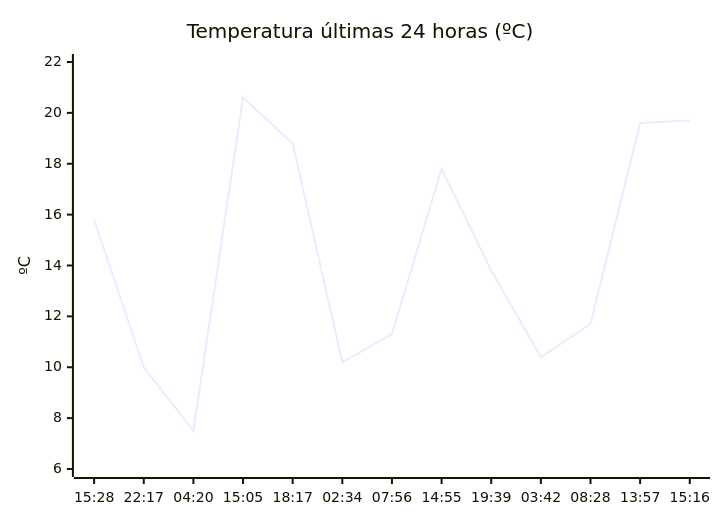
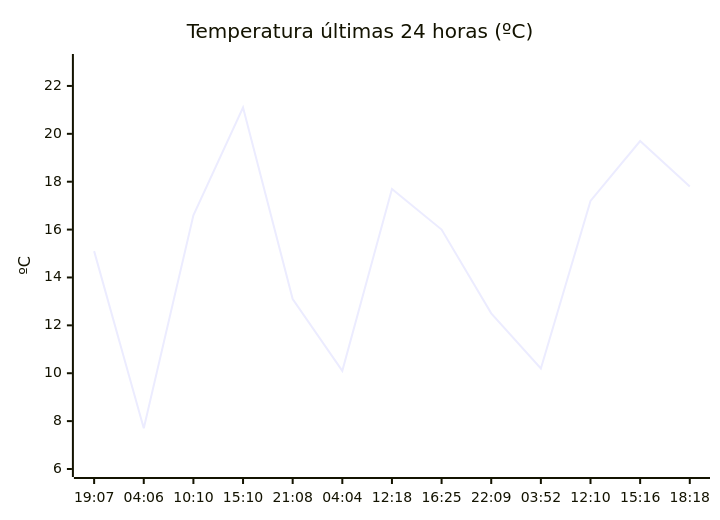
Before and after one commit to solidsnk86/rem-scrap: the diagram in README.md, drawn with Mermaid. The commit also changed other lines of this file, not shown here.

````diff
--- a/README.md
+++ b/README.md
@@ -36,7 +32,7 @@
 ```mermaid
 xychart-beta
     title "Temperatura últimas 24 horas (ºC)"
-    x-axis ["15:28", "22:17", "04:20", "15:05", "18:17", "02:34", "07:56", "14:55", "19:39", "03:42", "08:28", "13:57", "15:16"]
-    y-axis "ºC" 6 --> 22
-    line [15.8, 10, 7.5, 20.6, 18.8, 10.2, 11.3, 17.8, 13.8, 10.4, 11.7, 19.6, 19.7]
+    x-axis ["19:07", "04:06", "10:10", "15:10", "21:08", "04:04", "12:18", "16:25", "22:09", "03:52", "12:10", "15:16", "18:18"]
+    y-axis "ºC" 6 --> 23
+    line [15.1, 7.7, 16.6, 21.1, 13.1, 10.1, 17.7, 16, 12.5, 10.2, 17.2, 19.7, 17.8]
 ```
````
